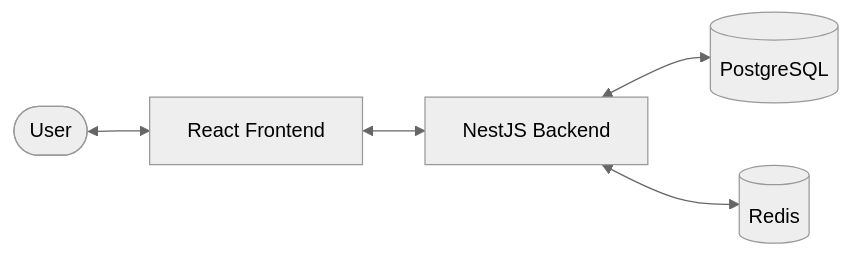
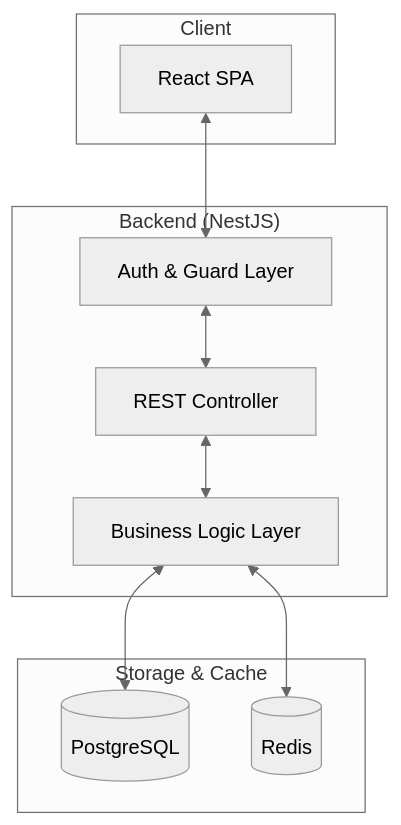
One commit to ulziimunkh-dev/ub-karaoke changed the first of 3 diagrams in docs/system_design.md. Above: the diagram before and after it, drawn with Mermaid (neutral theme). The commit also changed other lines of this file and 19 other files, not shown here.

Commit message:
feat: Implement core organization, venue, and room management with database schema, API, and UI components.

````diff
--- a/docs/system_design.md
+++ b/docs/system_design.md
@@ -11,7 +11,23 @@
 ```mermaid
-graph LR
-    User([User]) <--> UI[React Frontend]
-    UI <--> API[NestJS Backend]
-    API <--> DB[(PostgreSQL)]
-    API <--> Cache[(Redis)]
+graph TD
+    subgraph Client
+        UI[React SPA]
+    end
+
+    subgraph "Backend (NestJS)"
+        API[REST Controller]
+        Services[Business Logic Layer]
+        Auth[Auth & Guard Layer]
+    end
+
+    subgraph "Storage & Cache"
+        DB[(PostgreSQL)]
+        Cache[(Redis)]
+    end
+
+    UI <--> Auth
+    Auth <--> API
+    API <--> Services
+    Services <--> DB
+    Services <--> Cache
 ```
````
